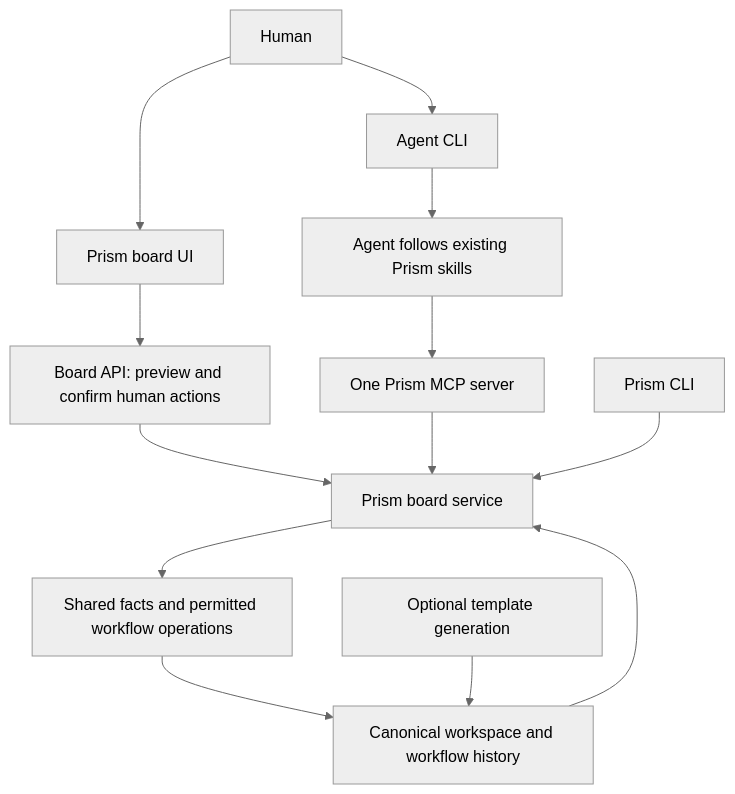
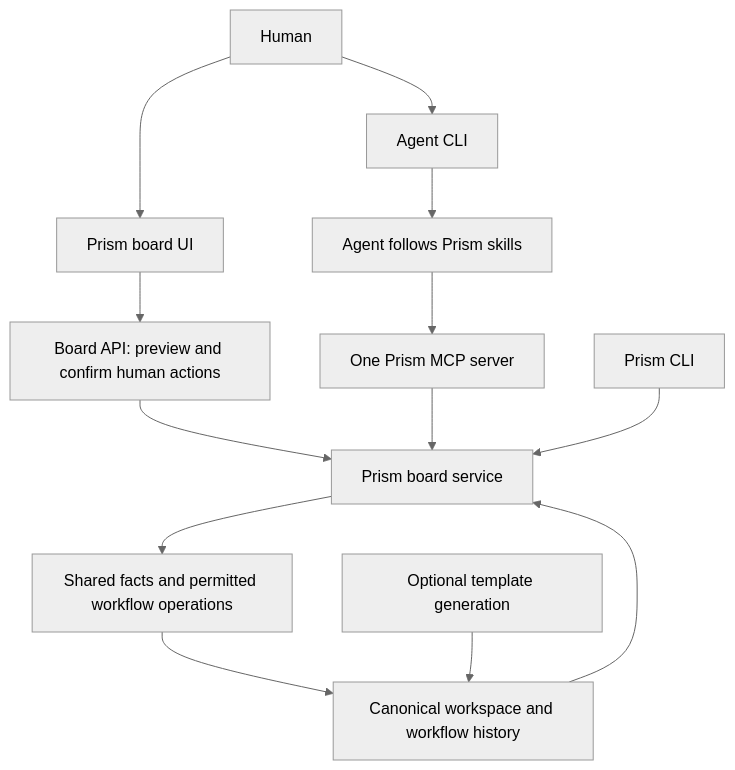
The diagram in docs/prism-core-workflow-plan.md (mo0rti/prism), drawn with Mermaid (neutral theme) before and after one commit. The commit also changed other lines of this file and 321 other files, not shown here.

````diff
--- a/docs/prism-core-workflow-plan.md
+++ b/docs/prism-core-workflow-plan.md
@@ -96,15 +70,15 @@
 ```mermaid
 flowchart TB
     H[Human] --> C[Agent CLI]
-    C --> A[Agent follows existing Prism skills]
+    C --> A[Agent follows Prism skills]
     A --> M[One Prism MCP server]
     H --> B[Prism board UI]
     B --> U[Board API: preview and confirm human actions]
     U --> S[Prism board service]
     M --> S
     P[Prism CLI] --> S
     S --> F[Shared facts and permitted workflow operations]
     F --> W[Canonical workspace and workflow history]
     W --> S
     T[Optional template generation] --> W
 ```
````
